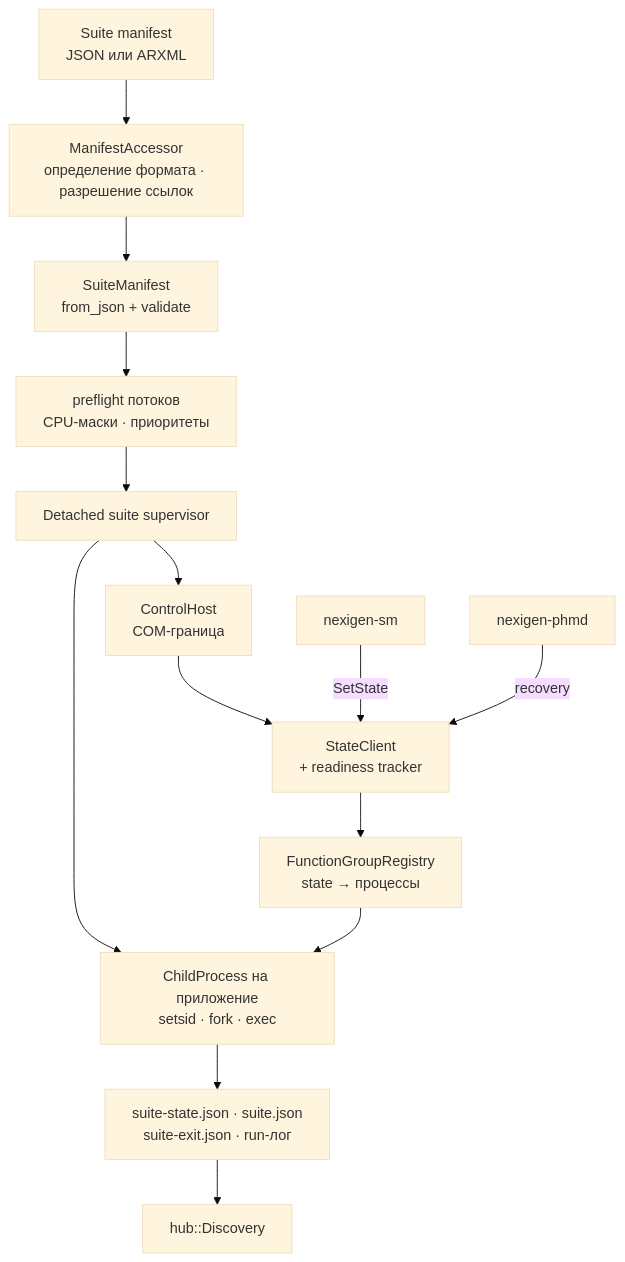
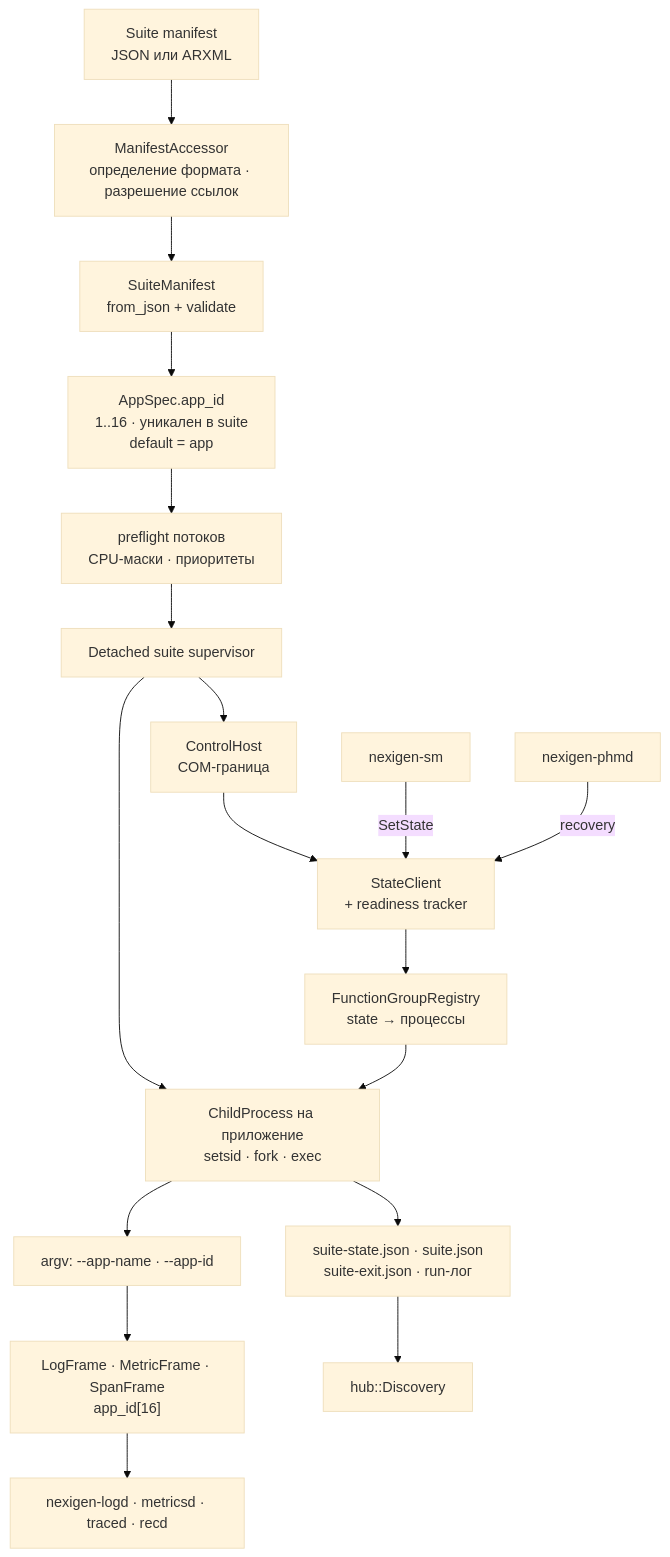
One commit to nexigen-tech/nexigen-cpp changed the ninth of 13 diagrams in docs/architecture.md. Above: the diagram before and after it, drawn with Mermaid (base theme). The commit also changed other lines of this file and 147 other files, not shown here.

````diff
--- a/docs/architecture.md
+++ b/docs/architecture.md
@@ -977,16 +997,20 @@
 ```mermaid
 flowchart TD
     MAN["Suite manifest<br/>JSON или ARXML"] --> ACCESSOR["ManifestAccessor<br/>определение формата · разрешение ссылок"]
     ACCESSOR --> VALID["SuiteManifest<br/>from_json + validate"]
-    VALID --> PRE["preflight потоков<br/>CPU-маски · приоритеты"]
+    VALID --> ID["AppSpec.app_id<br/>1..16 · уникален в suite<br/>default = app"]
+    ID --> PRE["preflight потоков<br/>CPU-маски · приоритеты"]
     PRE --> SUP["Detached suite supervisor"]
     SUP --> HOST["ControlHost<br/>COM-граница"]
     HOST --> SC["StateClient<br/>+ readiness tracker"]
     SUP --> CHILD["ChildProcess на приложение<br/>setsid · fork · exec"]
+    CHILD --> ARGV["argv: --app-name · --app-id"]
+    ARGV --> FRAMES["LogFrame · MetricFrame · SpanFrame<br/>app_id[16]"]
+    FRAMES --> DAEMONS["nexigen-logd · metricsd · traced · recd"]
     CHILD --> STATE["suite-state.json · suite.json<br/>suite-exit.json · run-лог"]
     STATE --> HUB["hub::Discovery"]
     SC --> FG["FunctionGroupRegistry<br/>state → процессы"]
     FG --> CHILD
     SM["nexigen-sm"] -->|"SetState"| SC
     PHM["nexigen-phmd"] -->|"recovery"| SC
 ```
````
